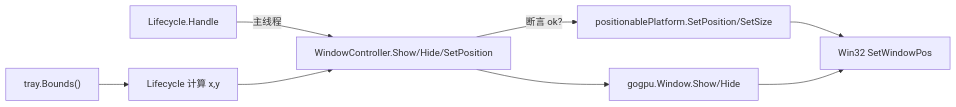
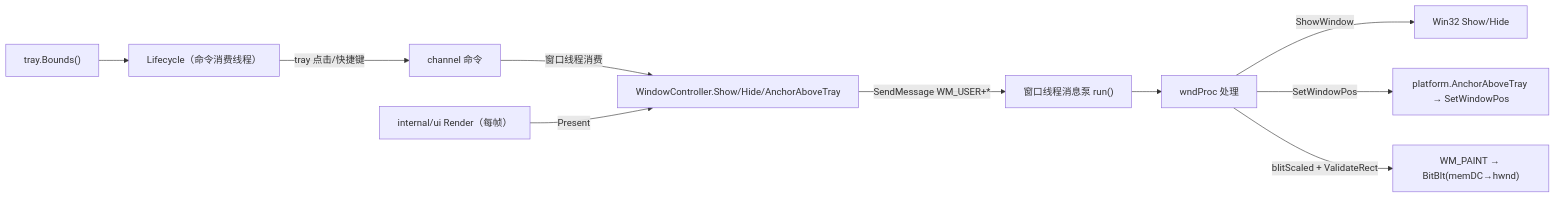
One commit to shaolei/DeskCalendar changed the second of 4 diagrams in docs/10-Shell/Window.md. Above: the diagram before and after it, drawn with Mermaid. The commit also changed other lines of this file and 5 other files, not shown here.

First line of the commit message:
feat(platform/win32): Phase3 slice #9 - self-owned win32 normal popup

````diff
--- a/docs/10-Shell/Window.md
+++ b/docs/10-Shell/Window.md
@@ -67,10 +92,12 @@
 ```mermaid
 flowchart LR
-    LC["Lifecycle.Handle"] -->|主线程| WC["WindowController.Show/Hide/SetPosition"]
-    WC -->|断言 ok?| POS["positionablePlatform.SetPosition/SetSize"]
-    WC --> GW["gogpu.Window.Show/Hide"]
-    TB["tray.Bounds()"] --> LC2["Lifecycle 计算 x,y"]
-    LC2 --> WC
-    POS --> WIN32["Win32 SetWindowPos"]
-    GW --> WIN32
+    LC["Lifecycle（命令消费线程）"] -->|tray 点击/快捷键| CH["channel 命令"]
+    CH -->|窗口线程消费| WC["WindowController.Show/Hide/AnchorAboveTray"]
+    UI["internal/ui Render（每帧）"] -->|Present| WC
+    WC -->|SendMessage WM_USER+*| WP["窗口线程消息泵 run()"]
+    WP --> WND["wndProc 处理"]
+    WND -->|ShowWindow| WIN32["Win32 Show/Hide"]
+    WND -->|SetWindowPos| ANCHOR["platform.AnchorAboveTray → SetWindowPos"]
+    WND -->|blitScaled + ValidateRect| PAINT["WM_PAINT → BitBlt(memDC→hwnd)"]
+    TB["tray.Bounds()"] --> LC
 ```
````
